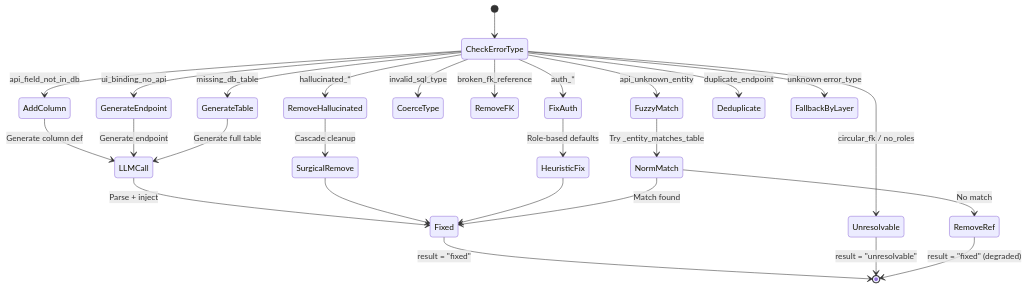
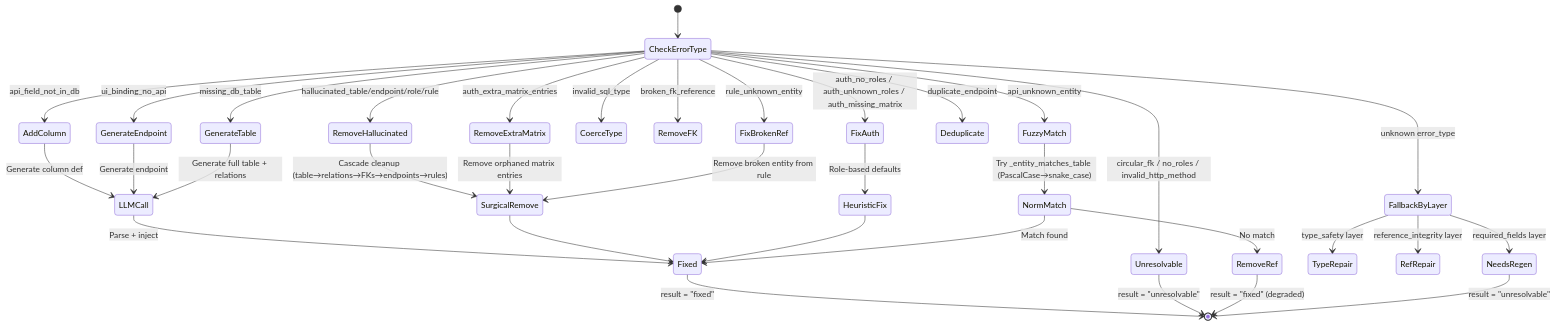
The eighth of 24 diagrams in SOFTWARE_ARCHITECTURE.md (notsooamit/app-compiler), drawn with Mermaid before and after one commit. The commit also changed other lines of this file and 1 other file, not shown here.

````diff
--- a/SOFTWARE_ARCHITECTURE.md
+++ b/SOFTWARE_ARCHITECTURE.md
@@ -406,33 +409,41 @@
 ```mermaid
 stateDiagram-v2
     [*] --> CheckErrorType
 
     CheckErrorType --> AddColumn: api_field_not_in_db
     CheckErrorType --> GenerateEndpoint: ui_binding_no_api
-    CheckErrorType --> RemoveHallucinated: hallucinated_*
-    CheckErrorType --> FixAuth: auth_*
+    CheckErrorType --> RemoveHallucinated: hallucinated_table/endpoint/role/rule
+    CheckErrorType --> FixAuth: auth_no_roles / auth_unknown_roles / auth_missing_matrix
+    CheckErrorType --> RemoveExtraMatrix: auth_extra_matrix_entries
     CheckErrorType --> CoerceType: invalid_sql_type
     CheckErrorType --> RemoveFK: broken_fk_reference
     CheckErrorType --> GenerateTable: missing_db_table
     CheckErrorType --> FuzzyMatch: api_unknown_entity
     CheckErrorType --> Deduplicate: duplicate_endpoint
-    CheckErrorType --> Unresolvable: circular_fk / no_roles
+    CheckErrorType --> FixBrokenRef: rule_unknown_entity
+    CheckErrorType --> Unresolvable: circular_fk / no_roles / invalid_http_method
     CheckErrorType --> FallbackByLayer: unknown error_type
 
     AddColumn --> LLMCall: Generate column def
     GenerateEndpoint --> LLMCall: Generate endpoint
-    GenerateTable --> LLMCall: Generate full table
-    RemoveHallucinated --> SurgicalRemove: Cascade cleanup
+    GenerateTable --> LLMCall: Generate full table + relations
+    RemoveHallucinated --> SurgicalRemove: Cascade cleanup (table→relations→FKs→endpoints→rules)
     FixAuth --> HeuristicFix: Role-based defaults
-    FuzzyMatch --> NormMatch: Try _entity_matches_table
+    RemoveExtraMatrix --> SurgicalRemove: Remove orphaned matrix entries
+    FuzzyMatch --> NormMatch: Try _entity_matches_table (PascalCase→snake_case)
+    FixBrokenRef --> SurgicalRemove: Remove broken entity from rule
     
     LLMCall --> Fixed: Parse + inject
     SurgicalRemove --> Fixed
     HeuristicFix --> Fixed
     NormMatch --> Fixed: Match found
     NormMatch --> RemoveRef: No match
+    FallbackByLayer --> TypeRepair: type_safety layer
+    FallbackByLayer --> RefRepair: reference_integrity layer
+    FallbackByLayer --> NeedsRegen: required_fields layer
     
     Fixed --> [*]: result = "fixed"
     Unresolvable --> [*]: result = "unresolvable"
     RemoveRef --> [*]: result = "fixed" (degraded)
+    NeedsRegen --> [*]: result = "unresolvable"
 ```
````
